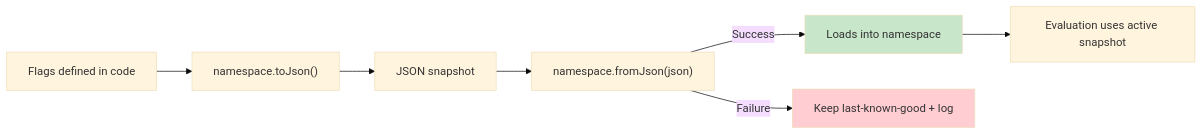
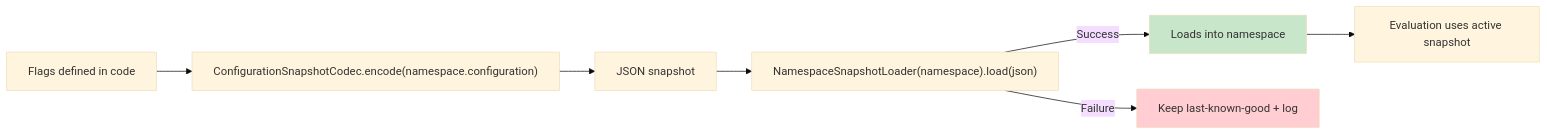
Before and after one commit to amichne/konditional: the diagram in docusaurus/docs/fundamentals/configuration-lifecycle.md, drawn with Mermaid (base theme). The commit also changed other lines of this file and 48 other files, not shown here.

````diff
--- a/docusaurus/docs/fundamentals/configuration-lifecycle.md
+++ b/docusaurus/docs/fundamentals/configuration-lifecycle.md
@@ -5,11 +5,11 @@
 ```mermaid
 flowchart LR
-  Code["Flags defined in code"] --> Snap["namespace.toJson()"]
+  Code["Flags defined in code"] --> Snap["ConfigurationSnapshotCodec.encode(namespace.configuration)"]
   Snap --> Json["JSON snapshot"]
-  Json --> Parse["namespace.fromJson(json)"]
+  Json --> Parse["NamespaceSnapshotLoader(namespace).load(json)"]
   Parse -->|Success| Load["Loads into namespace"]
   Parse -->|Failure| Reject["Keep last-known-good + log"]
   Load --> Eval["Evaluation uses active snapshot"]
   style Load fill:#c8e6c9
   style Reject fill:#ffcdd2
 ```
````
